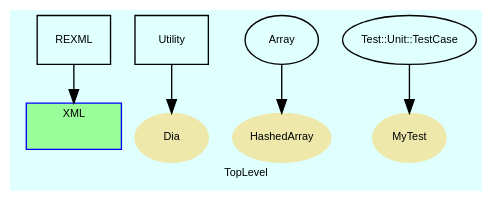
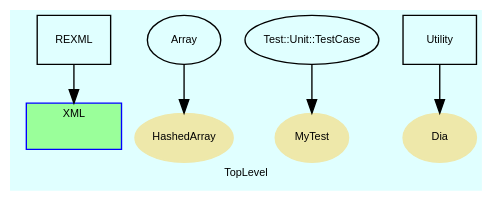
Before and after one commit to noda50/RubyItk: the diagram in doc/dot/f_1.dot, drawn with Graphviz. The commit also changed other lines of this file and 367 other files, not shown here.

Commit message:
add document for Dia utility.

```diff
--- a/doc/dot/f_1.dot
+++ b/doc/dot/f_1.dot
@@ -1,94 +1,94 @@
 digraph TopLevel {
+    fontname = Arial
     compound = true
-    fontname = Arial
+    fontsize = 8
     label = "TopLevel"
     bgcolor = lightcyan1
-    fontsize = 8
     node [
+        fontname = Arial,
         color = black,
-        fontname = Arial,
         fontsize = 8
     ]
 
     subgraph cluster_XML {
+        fontname = Arial
         color = blue
+        URL = "classes/XML.html"
         style = filled
-        URL = "classes/XML.html"
-        fontname = Arial
         label = "XML"
         fillcolor = palegreen1
         XML [
             shape = plaintext,
             height = 0.01,
             width = 0.75,
             label = ""
         ]
 
     }
 
     REXML [
+        shape = box,
         URL = "classes/REXML.html",
-        shape = box,
         label = "REXML"
     ]
 
     REXML -> XML [
         lhead = cluster_XML
     ]
 
-    Dia [
+    HashedArray [
+        shape = ellipse,
+        fontcolor = black,
         color = palegoldenrod,
+        URL = "classes/HashedArray.html",
         style = filled,
-        fontcolor = black,
-        URL = "classes/Dia.html",
-        shape = ellipse,
-        label = "Dia"
-    ]
-
-    HashedArray [
-        color = palegoldenrod,
-        style = filled,
-        fontcolor = black,
-        URL = "classes/HashedArray.html",
-        shape = ellipse,
         label = "HashedArray"
     ]
 
     MyTest [
+        shape = ellipse,
+        fontcolor = black,
         color = palegoldenrod,
+        URL = "classes/MyTest.html",
         style = filled,
-        fontcolor = black,
-        URL = "classes/MyTest.html",
-        shape = ellipse,
         label = "MyTest"
     ]
 
-    Utility [
-        URL = "classes/Utility.html",
-        shape = box,
-        label = "Utility"
-    ]
-
-    Utility -> Dia [
-
+    Dia [
+        shape = ellipse,
+        fontcolor = black,
+        color = palegoldenrod,
+        URL = "classes/Dia.html",
+        style = filled,
+        label = "Dia"
     ]
 
     Array [
         URL = "classes/Array.html",
         label = "Array"
     ]
 
     Array -> HashedArray [
 
     ]
 
     Test__Unit__TestCase [
         URL = "classes/Test/Unit/TestCase.html",
         label = "Test::Unit::TestCase"
     ]
 
     Test__Unit__TestCase -> MyTest [
 
     ]
 
+    Utility [
+        shape = box,
+        URL = "classes/Utility.html",
+        label = "Utility"
+    ]
+
+    Utility -> Dia [
+
+    ]
+
 }
```
